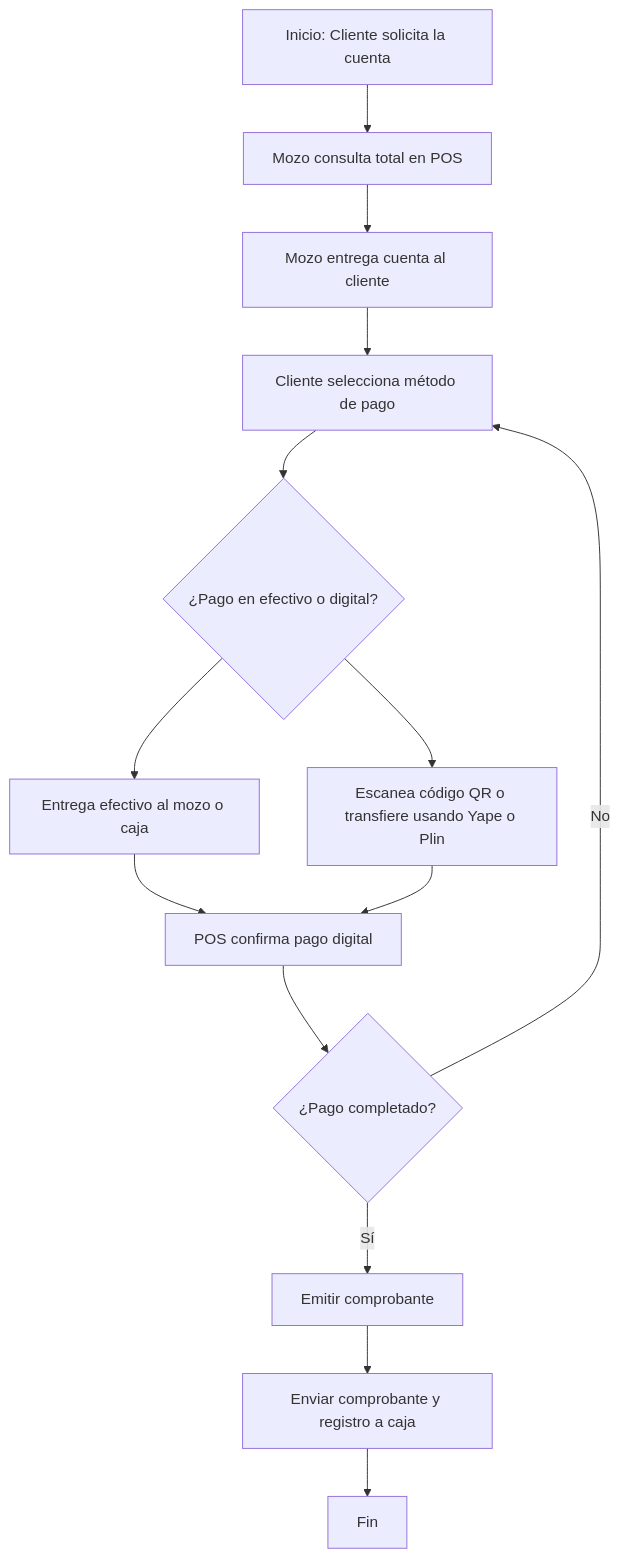
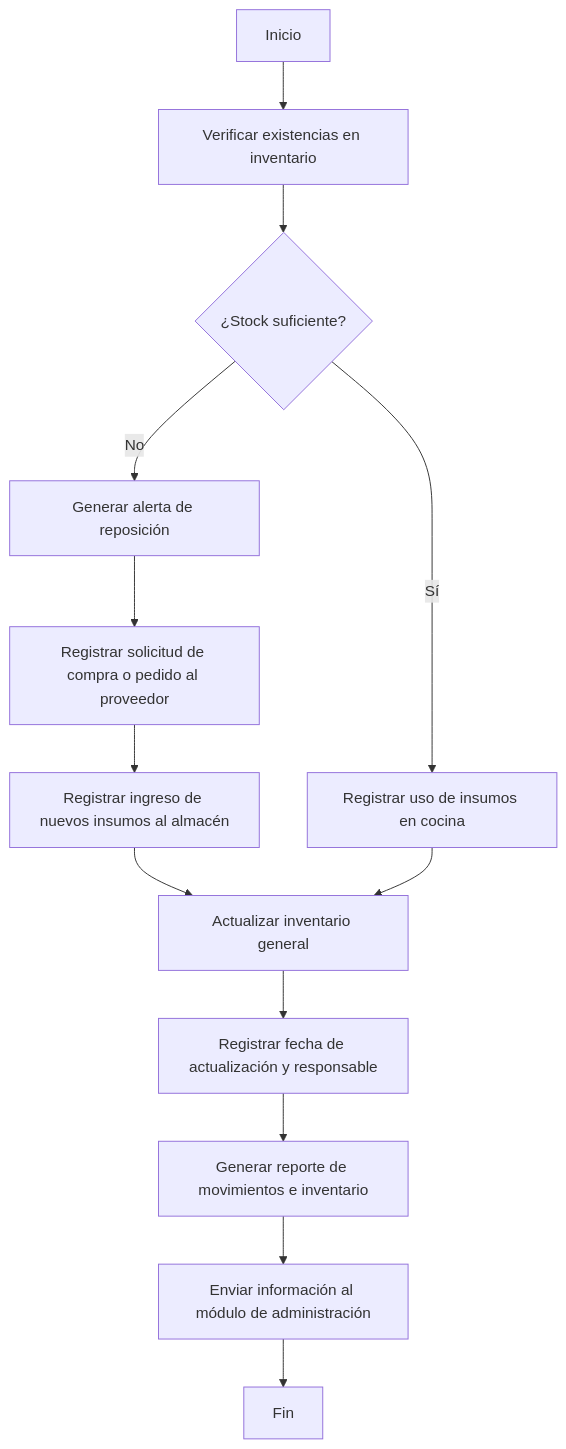
The sixth of 7 diagrams in Diagramas_De_Flujo.md (betoportugalc/ProyectoCafecito), drawn with Mermaid before and after one commit. The commit also changed other lines of this file, not shown here.

````diff
--- a/Diagramas_De_Flujo.md
+++ b/Diagramas_De_Flujo.md
@@ -27,16 +112,15 @@
 ```mermaid
 flowchart TD
-    A[Inicio: Cliente solicita la cuenta] --> B[Mozo consulta total en POS]
-    B --> C[Mozo entrega cuenta al cliente]
-    C --> D[Cliente selecciona método de pago]
-    D --> E{¿Pago en efectivo o digital?}
-    E --> F[Entrega efectivo al mozo o caja]
-    E --> G[Escanea código QR o transfiere usando Yape o Plin]
-    F --> H[POS registra pago en efectivo]
-    G --> H[POS confirma pago digital]
-    H --> I{¿Pago completado?}
-    I -->|No| D
-    I -->|Sí| J[Emitir comprobante]
-    J --> K[Enviar comprobante y registro a caja]
+    A[Inicio] --> B[Verificar existencias en inventario]
+    B --> C{¿Stock suficiente?}
+    C -->|Sí| D[Registrar uso de insumos en cocina]
+    C -->|No| E[Generar alerta de reposición]
+    E --> F[Registrar solicitud de compra o pedido al proveedor]
+    F --> G[Registrar ingreso de nuevos insumos al almacén]
+    G --> H[Actualizar inventario general]
+    D --> H
+    H --> I[Registrar fecha de actualización y responsable]
+    I --> J[Generar reporte de movimientos e inventario]
+    J --> K[Enviar información al módulo de administración]
     K --> L[Fin]
 ```
````
